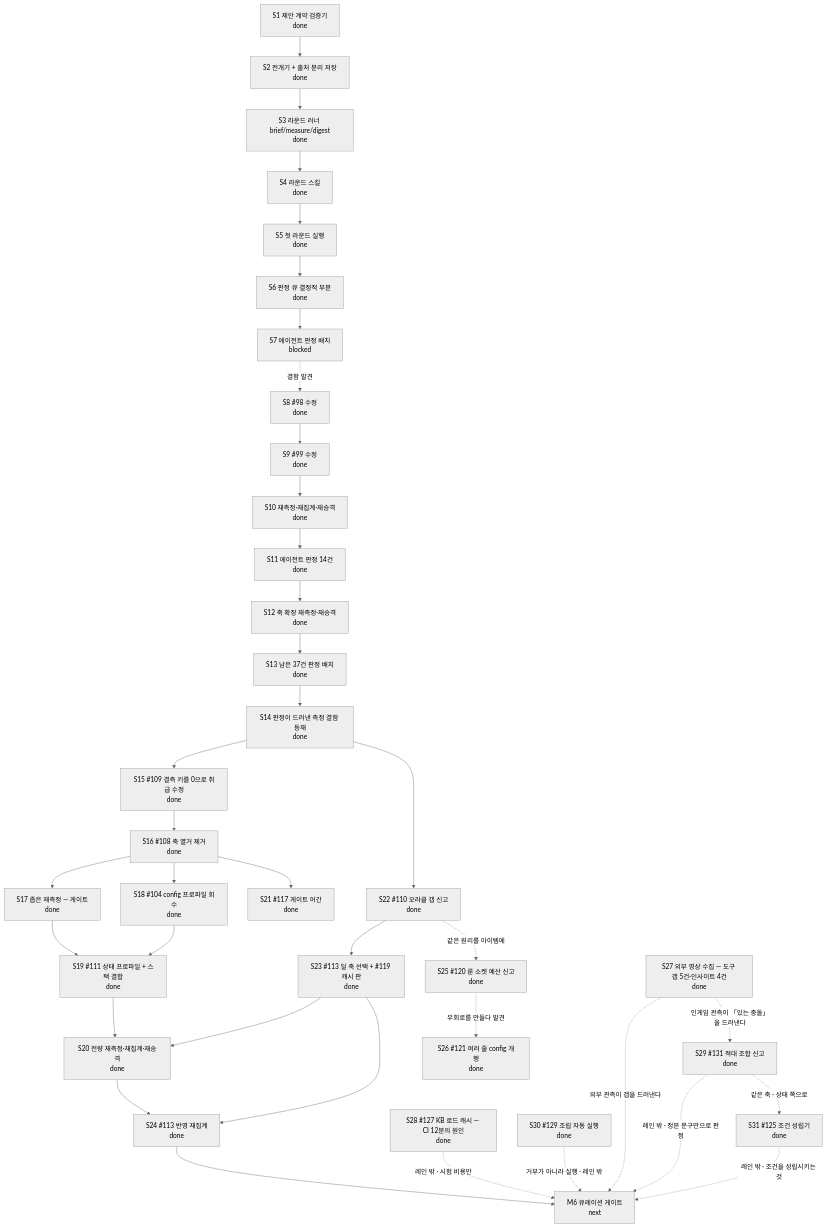
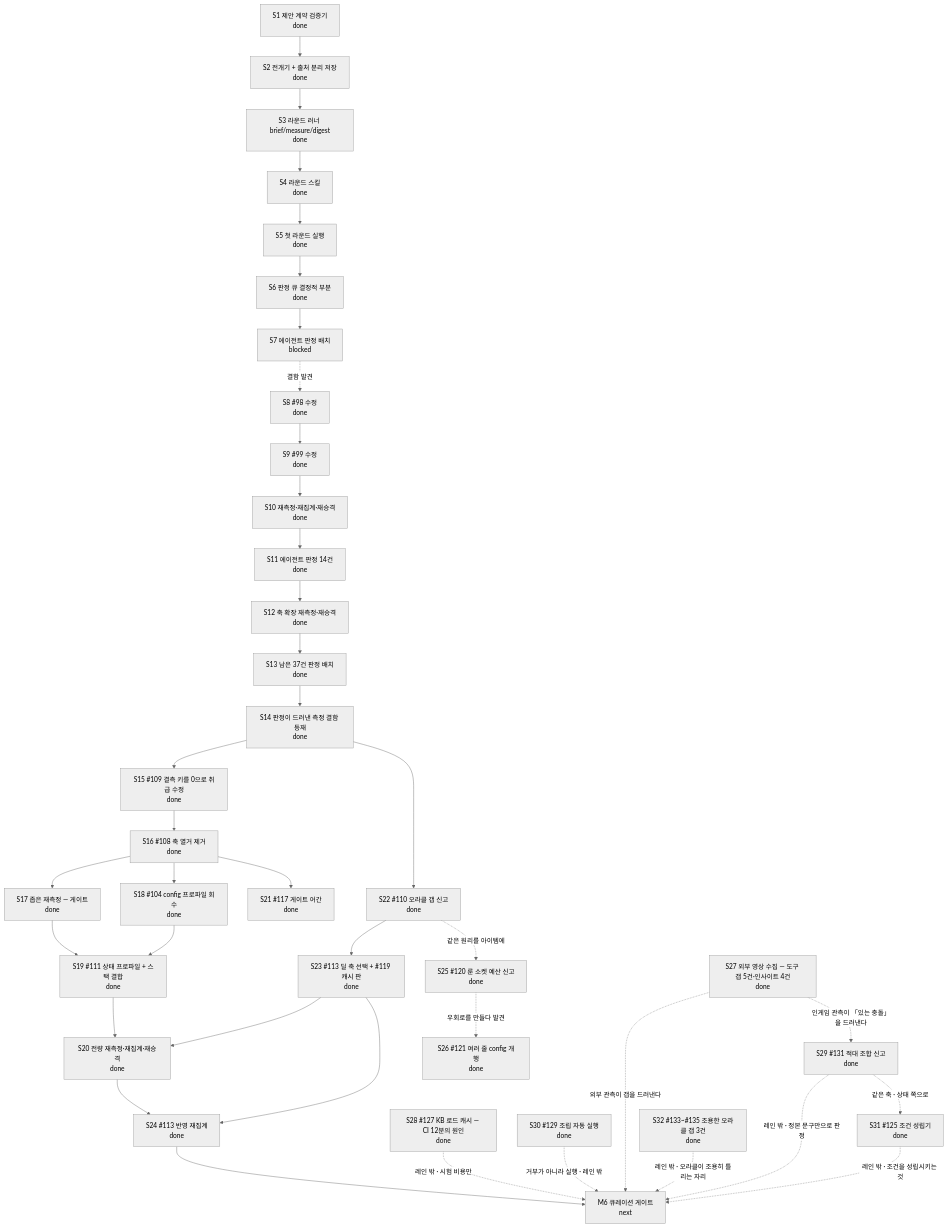
Before and after one commit to skerfolg/poe2-ai-wiki: the diagram in docs/CURRENT-PLAN.md, drawn with Mermaid (neutral theme). The commit also changed other lines of this file and 14 other files, not shown here.

First line of the commit message:
#133~#135 해결 + #132 원인 규명 — 오라클이 조용히 틀리는 자리 넷 (#130)

````diff
--- a/docs/CURRENT-PLAN.md
+++ b/docs/CURRENT-PLAN.md
@@ -23,54 +23,56 @@
 ```mermaid
 flowchart TD
   CONTRACT[S1 제안 계약 검증기<br/>done]
   FLOW[S2 전개기 + 출처 분리 저장<br/>done]
   ROUND[S3 라운드 러너 brief/measure/digest<br/>done]
   SKILL[S4 라운드 스킬<br/>done]
   FIRST[S5 첫 라운드 실행<br/>done]
   NECESS[S6 판정 큐 결정적 부분<br/>done]
   JUDGE[S7 에이전트 판정 배치<br/>blocked]
   FIX[S8 #98 수정<br/>done]
   REMEAS[S9 #99 수정<br/>done]
   REAGG[S10 재측정·재집계·재승격<br/>done]
   RESUME[S11 에이전트 판정 14건<br/>done]
   AXES[S12 축 확장 재측정·재승격<br/>done]
   NEXT2[S13 남은 37건 판정 배치<br/>done]
   DEF[S14 판정이 드러낸 측정 결함 등재<br/>done]
   FIXDELTA[S15 #109 결측 키를 0으로 취급 수정<br/>done]
   WIDEN[S16 #108 축 열거 제거<br/>done]
   NARROW[S17 좁은 재측정 — 게이트<br/>done]
   CFG[S18 #104 config 프로파일 회수<br/>done]
   CPL[S19 #111 상태 프로파일 + 스택 결합<br/>done]
   FULL[S20 전량 재측정·재집계·재승격<br/>done]
   STEM[S21 #117 게이트 어간<br/>done]
   ORACLE[S22 #110 오라클 갭 신고<br/>done]
   AXIS[S23 #113 딜 축 선택 + #119 캐시 판<br/>done]
   REAGG2[S24 #113 반영 재집계<br/>done]
   SOCKET[S25 #120 룬 소켓 예산 신고<br/>done]
   ATTR[S26 #121 여러 줄 config 개행<br/>done]
   EXT[S27 외부 영상 수집 — 도구 갭 5건·인사이트 4건<br/>done]
   CI[S28 #127 KB 로드 캐시 — CI 12분의 원인<br/>done]
   ANTAG[S29 #131 적대 조합 신고<br/>done]
   FILL[S30 #129 조립 자동 실행<br/>done]
   ENAB[S31 #125 조건 성립기<br/>done]
+  SILENT[S32 #133~#135 조용한 오라클 갭 3건<br/>done]
   M6[M6 큐레이션 게이트<br/>next]
   CONTRACT --> FLOW --> ROUND --> SKILL --> FIRST --> NECESS --> JUDGE
   JUDGE -. 결함 발견 .-> FIX --> REMEAS --> REAGG --> RESUME --> AXES --> NEXT2
   NEXT2 --> DEF --> FIXDELTA --> WIDEN --> NARROW --> CPL --> FULL
   WIDEN --> CFG --> CPL
   WIDEN --> STEM
   DEF --> ORACLE
   ORACLE --> AXIS --> FULL
   FULL --> REAGG2
   AXIS --> REAGG2
   REAGG2 --> M6
   ORACLE -. 같은 원리를 아이템에 .-> SOCKET
   SOCKET -. 우회로를 만들다 발견 .-> ATTR
   EXT -. 외부 관측이 갭을 드러낸다 .-> M6
   CI -. 레인 밖 · 시험 비용만 .-> M6
   EXT -. 인게임 관측이 「있는 충돌」을 드러낸다 .-> ANTAG
   ANTAG -. 레인 밖 · 정본 문구만으로 판정 .-> M6
   FILL -. 거부가 아니라 실행 · 레인 밖 .-> M6
   ANTAG -. 같은 축 · 상태 쪽으로 .-> ENAB
   ENAB -. 레인 밖 · 조건을 성립시키는 것 .-> M6
+  SILENT -. 레인 밖 · 오라클이 조용히 틀리는 자리 .-> M6
 ```
````
